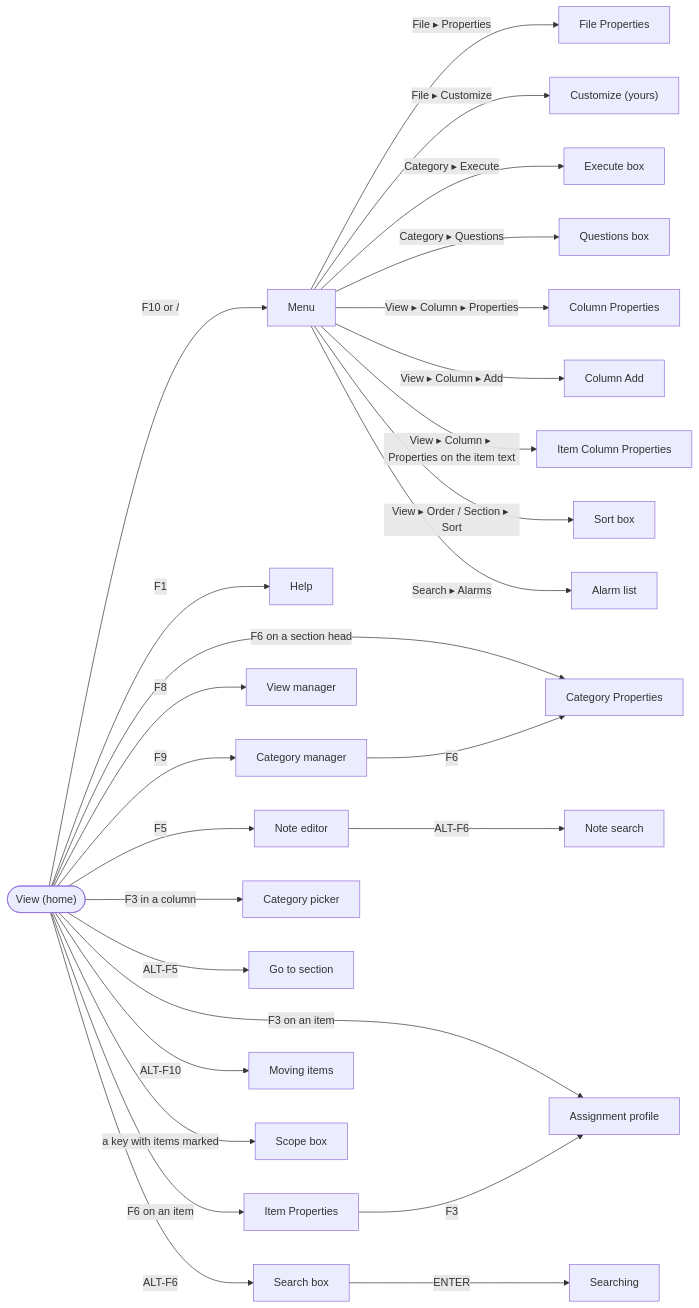
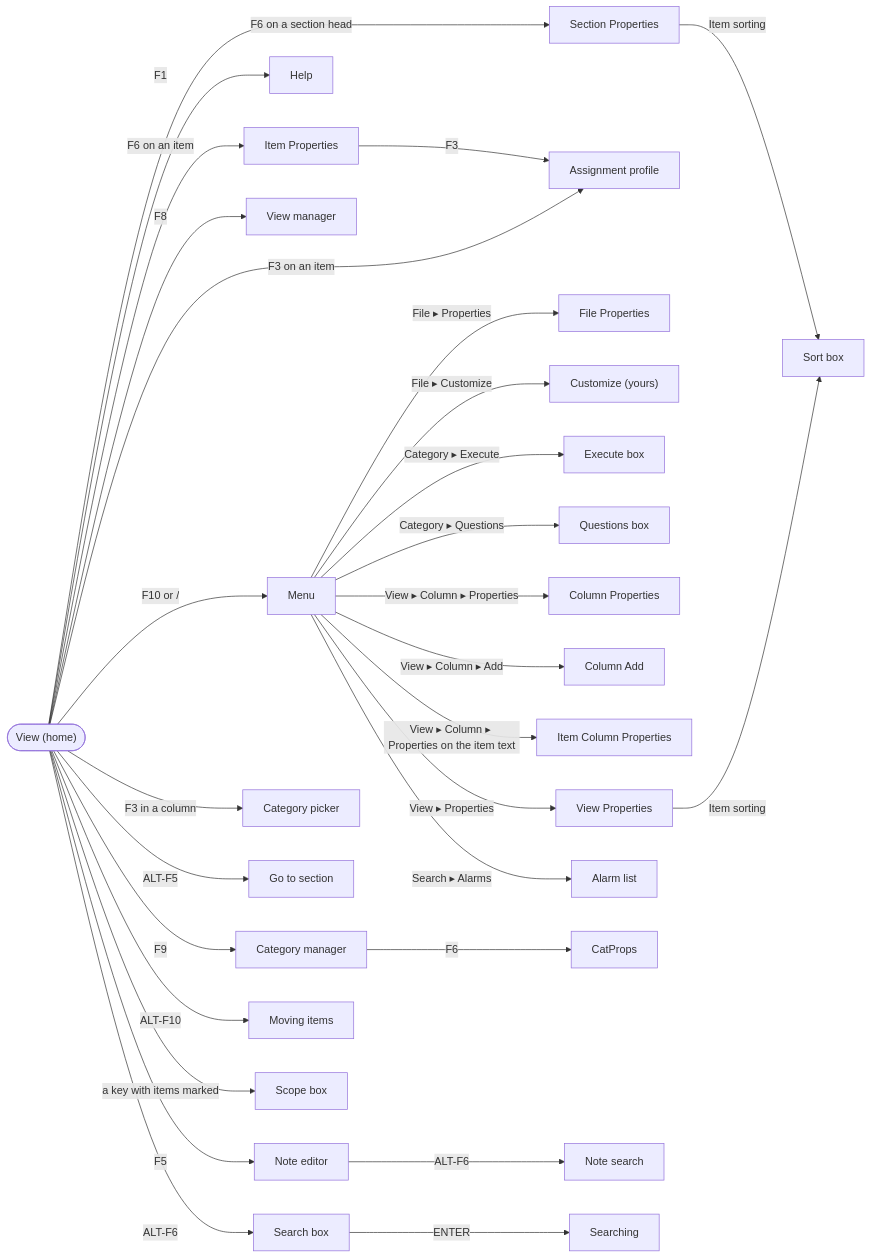
One commit to jamting/agendum changed the first of 2 diagrams in docs/SCREENS.md. Above: the diagram before and after it, drawn with Mermaid. The commit also changed other lines of this file and 25 other files, not shown here.

````diff
--- a/docs/SCREENS.md
+++ b/docs/SCREENS.md
@@ -19,30 +19,32 @@
 ```mermaid
 flowchart LR
     View(["View (home)"])
     View -- "F10 or /" --> Menu["Menu"]
     View -- F1 --> Help["Help"]
     View -- F9 --> CatMgr["Category manager"]
     View -- F8 --> ViewMgr["View manager"]
     View -- F5 --> Note["Note editor"]
     View -- "F6 on an item" --> ItemProps["Item Properties"]
-    View -- "F6 on a section head" --> CatProps["Category Properties"]
+    View -- "F6 on a section head" --> SectProps["Section Properties"]
     View -- "F3 on an item" --> Profile["Assignment profile"]
     View -- "F3 in a column" --> Picker["Category picker"]
     View -- ALT-F5 --> GoTo["Go to section"]
     View -- ALT-F6 --> SearchBox["Search box"]
     View -- "ALT-F10" --> MoveItem["Moving items"]
     View -- "a key with items marked" --> Scope["Scope box"]
     Menu -- "File ▸ Properties" --> FileProps["File Properties"]
     Menu -- "File ▸ Customize" --> Customize["Customize (yours)"]
     Menu -- "Category ▸ Execute" --> Execute["Execute box"]
     Menu -- "Category ▸ Questions" --> Questions["Questions box"]
     Menu -- "View ▸ Column ▸ Properties" --> ColProps["Column Properties"]
     Menu -- "View ▸ Column ▸ Add" --> ColAdd["Column Add"]
     Menu -- "View ▸ Column ▸ Properties on the item text" --> ItemCol["Item Column Properties"]
-    Menu -- "View ▸ Order / Section ▸ Sort" --> Sort["Sort box"]
+    Menu -- "View ▸ Properties" --> ViewProps["View Properties"]
+    ViewProps -- "Item sorting" --> Sort["Sort box"]
+    SectProps -- "Item sorting" --> Sort
     Menu -- "Search ▸ Alarms" --> Alarms["Alarm list"]
     CatMgr -- F6 --> CatProps
     ItemProps -- F3 --> Profile
     Note -- ALT-F6 --> NoteSearch["Note search"]
     SearchBox -- ENTER --> Searching["Searching"]
 ```
````
